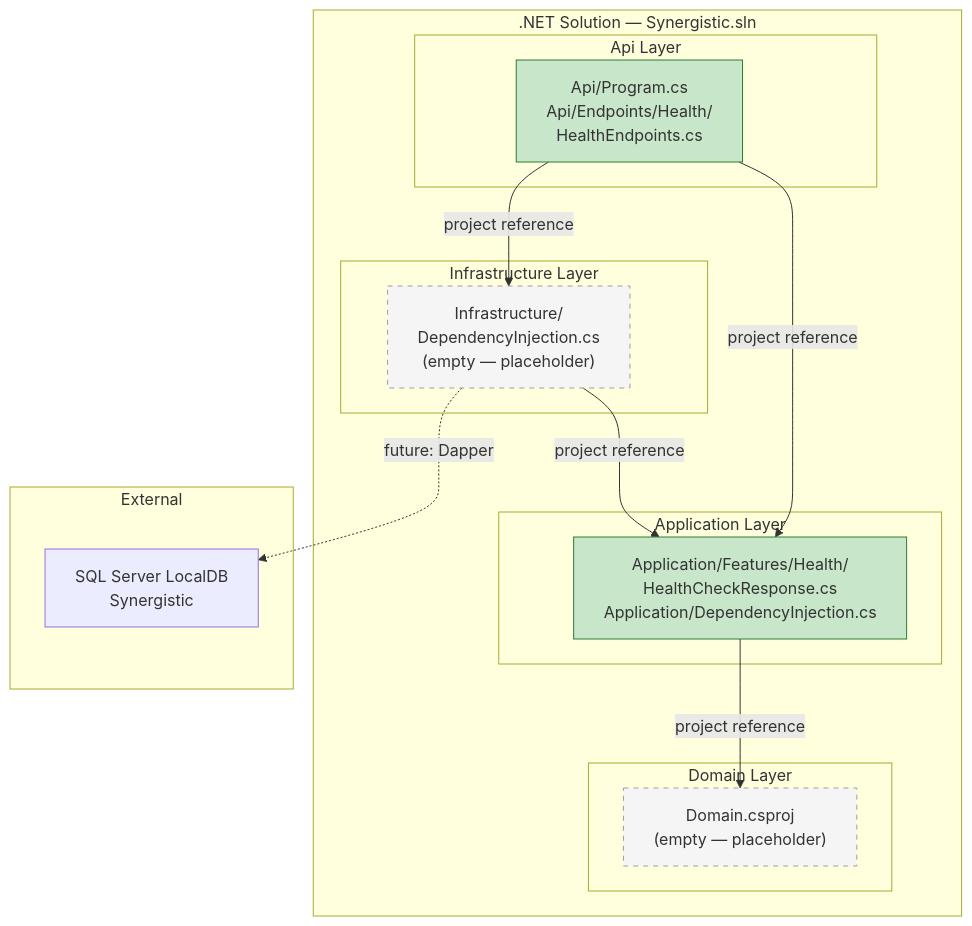
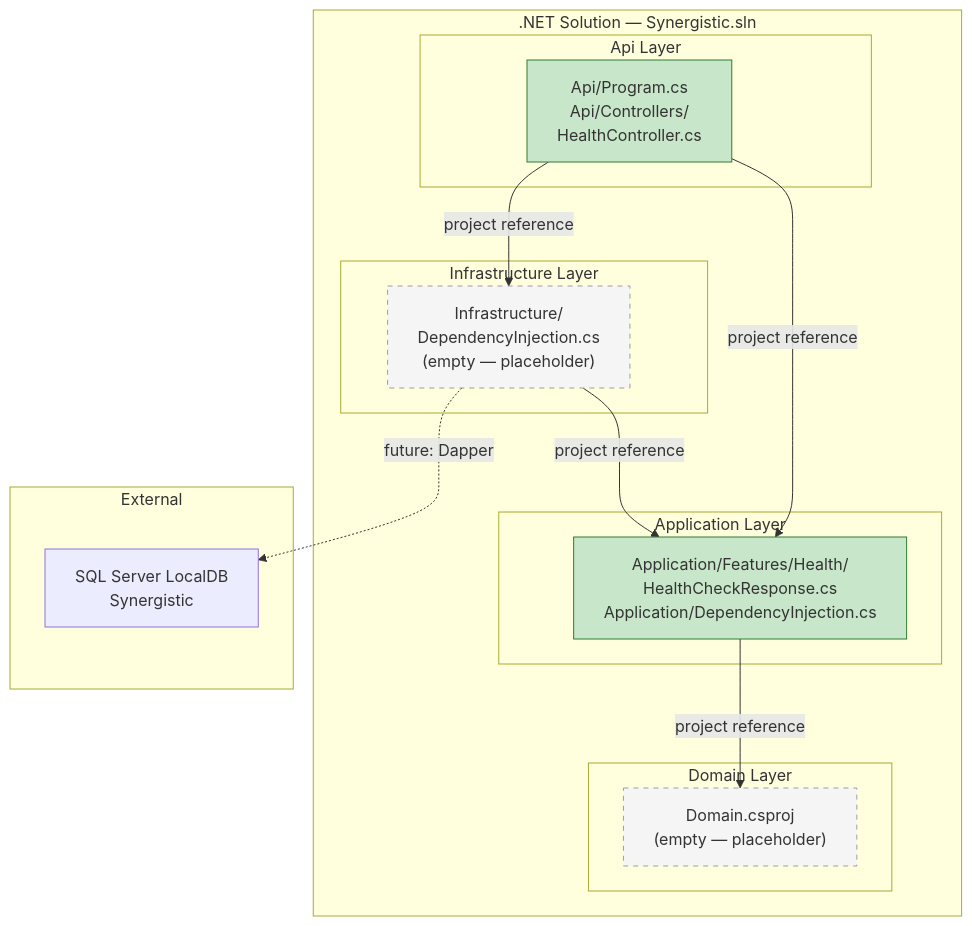
Before and after one commit to tumuchcoffee/icm-coding-workflow: the third of 5 diagrams in feature-workspace/v0.1.2/02-architecture/output/component-interaction.md, drawn with Mermaid. The commit also changed other lines of this file and 32 other files, not shown here.

````diff
--- a/feature-workspace/v0.1.2/02-architecture/output/component-interaction.md
+++ b/feature-workspace/v0.1.2/02-architecture/output/component-interaction.md
@@ -124,35 +124,35 @@
 ```mermaid
 graph TD
     subgraph ".NET Solution — Synergistic.sln"
         subgraph "Api Layer"
-            API["Api/Program.cs<br/>Api/Endpoints/Health/<br/>HealthEndpoints.cs"]
+            API["Api/Program.cs<br/>Api/Controllers/<br/>HealthController.cs"]
         end
 
         subgraph "Application Layer"
             APP["Application/Features/Health/<br/>HealthCheckResponse.cs<br/>Application/DependencyInjection.cs"]
         end
 
         subgraph "Domain Layer"
             DOM["Domain.csproj<br/>(empty — placeholder)"]
         end
 
         subgraph "Infrastructure Layer"
             INF["Infrastructure/<br/>DependencyInjection.cs<br/>(empty — placeholder)"]
         end
     end
 
     subgraph "External"
         DB["SQL Server LocalDB<br/>Synergistic"]
     end
 
     API -->|"project reference"| APP
     API -->|"project reference"| INF
     APP -->|"project reference"| DOM
     INF -->|"project reference"| APP
     INF -.->|"future: Dapper"| DB
 
     style API fill:#c8e6c9,stroke:#2e7d32
     style APP fill:#c8e6c9,stroke:#2e7d32
     style DOM fill:#f5f5f5,stroke:#9e9e9e,stroke-dasharray: 5 5
     style INF fill:#f5f5f5,stroke:#9e9e9e,stroke-dasharray: 5 5
 ```
````
